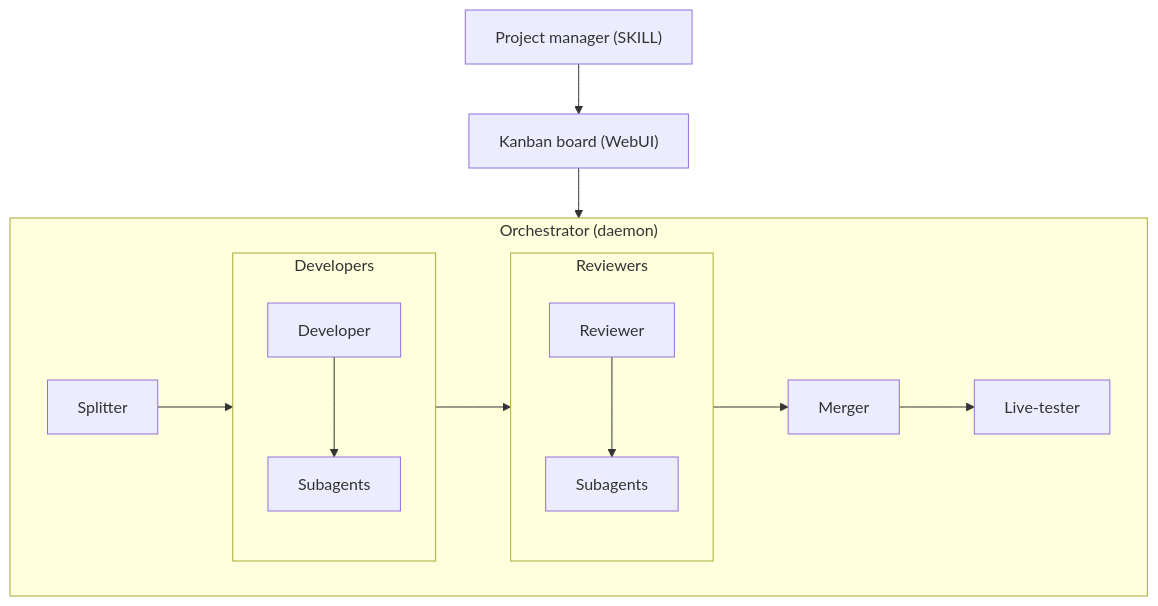
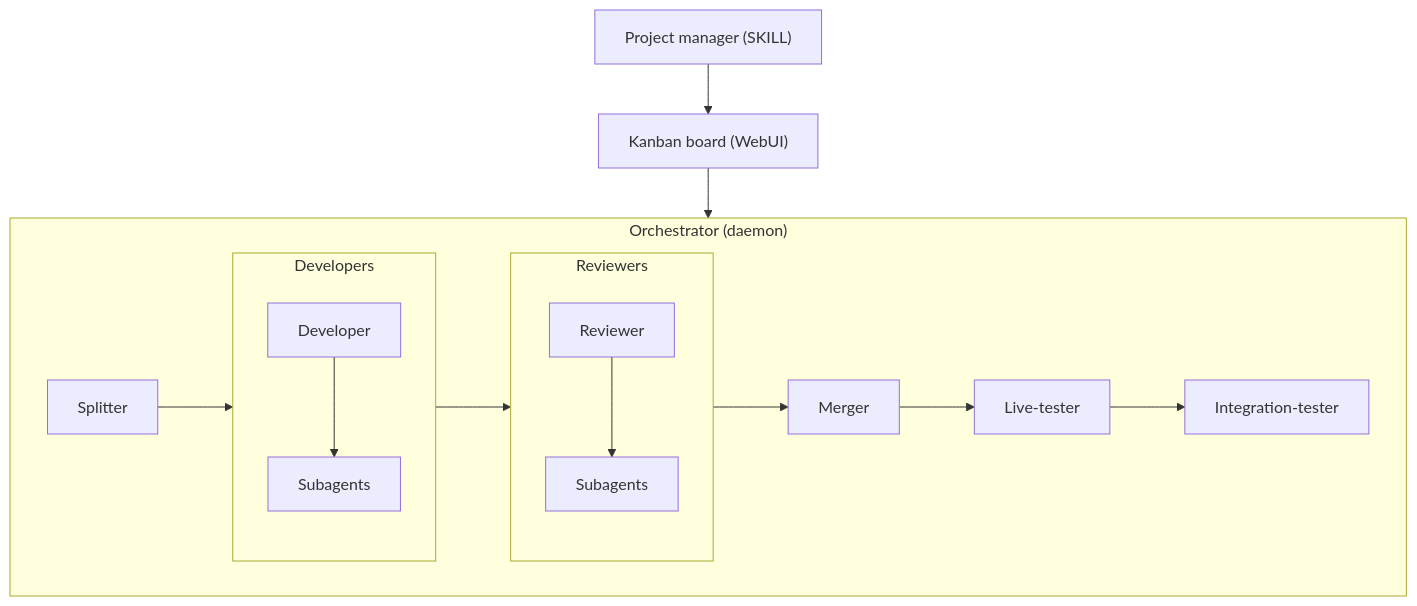
Before and after one commit to sphamba/se-llm-team: the diagram in README.md, drawn with Mermaid. The commit also changed other lines of this file and 21 other files, not shown here.

First line of the commit message:
feat: integration test stage after the live test

````diff
--- a/README.md
+++ b/README.md
@@ -12,20 +13,21 @@
 ```mermaid
 flowchart TD
     PM["Project manager (SKILL)"] --> Board
     Board["Kanban board (WebUI)"] --> Orchestrator
     subgraph Orchestrator["Orchestrator (daemon)"]
         direction LR
         Splitter --> Developers
         Developers --> Reviewers
         Reviewers --> Merger
         Merger --> LiveTester["Live-tester"]
+        LiveTester --> IntegrationTester["Integration-tester"]
     end
     subgraph Developers
         direction TB
         Developer --> SubDevelopers["Subagents"]
     end
     subgraph Reviewers
         direction TB
         Reviewer --> SubReviewers["Subagents"]
     end
 ```
````
